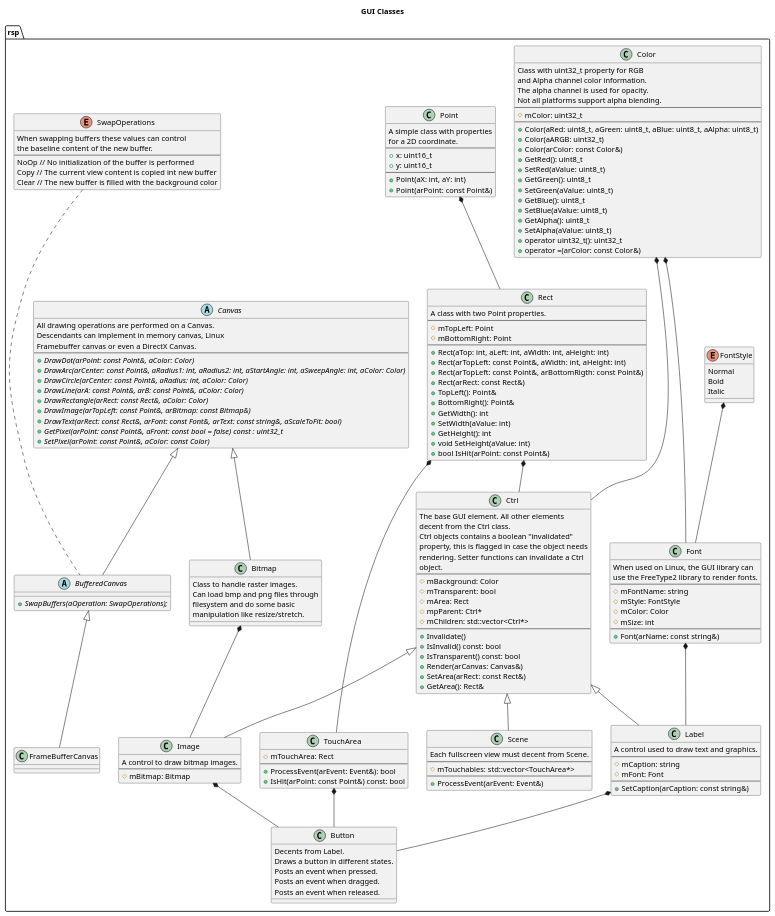
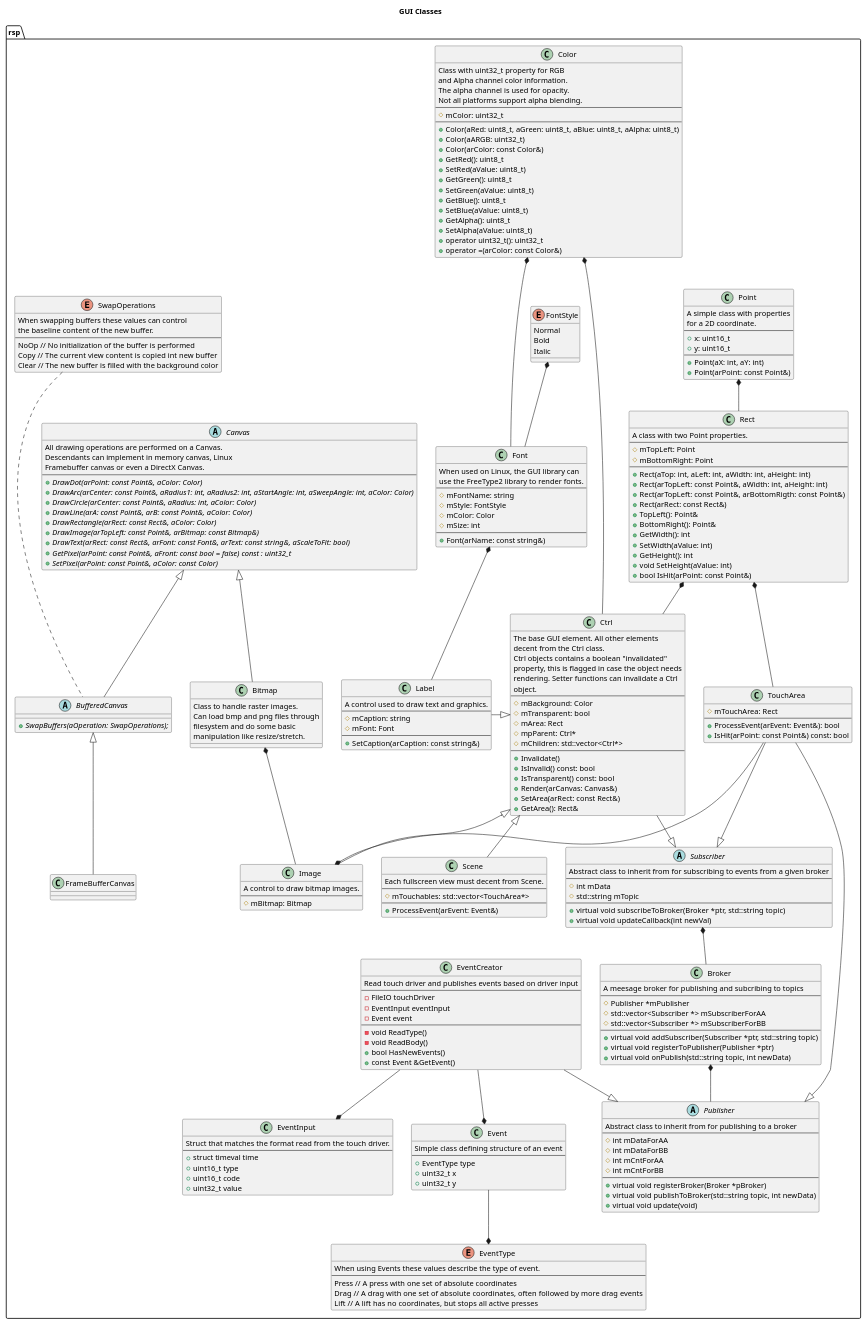
One commit to rsps/rsp-core-library changed the diagram in docs/uml/GUI Classes.puml. Above: the diagram before and after it, drawn with PlantUML.

Commit message:
Thoughts for PubSub pattern in GUI Classes

```diff
--- a/docs/uml/GUI Classes.puml
+++ b/docs/uml/GUI Classes.puml
@@ -6,20 +6,20 @@
 
 class Point {
     A simple class with properties\nfor a 2D coordinate.
---
+    --
     +x: uint16_t
     +y: uint16_t
---
+    --
     +Point(aX: int, aY: int)
     +Point(arPoint: const Point&)
 }
 
 class Rect {
     A class with two Point properties.
---
+    --
     #mTopLeft: Point
     #mBottomRight: Point
---
+    --
     +Rect(aTop: int, aLeft: int, aWidth: int, aHeight: int)
     +Rect(arTopLeft: const Point&, aWidth: int, aHeight: int)
     +Rect(arTopLeft: const Point&, arBottomRigth: const Point&)
@@ -39,9 +39,9 @@
     and Alpha channel color information.
     The alpha channel is used for opacity.
     Not all platforms support alpha blending.
---
+    --
     #mColor: uint32_t
---
+    --
     +Color(aRed: uint8_t, aGreen: uint8_t, aBlue: uint8_t, aAlpha: uint8_t)
     +Color(aARGB: uint32_t)
     +Color(arColor: const Color&)
@@ -66,12 +66,12 @@
 class Font {
     When used on Linux, the GUI library can
     use the FreeType2 library to render fonts.
---
+    --
     #mFontName: string
     #mStyle: FontStyle
     #mColor: Color
     #mSize: int
---
+    --
     +Font(arName: const string&)
 }
 FontStyle *-- Font
@@ -86,9 +86,9 @@
 
 enum SwapOperations
 {
-When swapping buffers these values can control
-the baseline content of the new buffer.
---
+    When swapping buffers these values can control
+    the baseline content of the new buffer.
+    --
     NoOp // No initialization of the buffer is performed
     Copy  // The current view content is copied int new buffer
     Clear // The new buffer is filled with the background color
@@ -98,7 +98,7 @@
     All drawing operations are performed on a Canvas.
     Descendants can implement in memory canvas, Linux
     Framebuffer canvas or even a DirectX Canvas.
---
+    --
     +{abstract}DrawDot(arPoint: const Point&, aColor: Color)
     +{abstract}DrawArc(arCenter: const Point&, aRadius1: int, aRadius2: int, aStartAngle: int, aSweepAngle: int, aColor: Color)
     +{abstract}DrawCircle(arCenter: const Point&, aRadius: int, aColor: Color)
@@ -124,7 +124,7 @@
 
 class TouchArea {
     #mTouchArea: Rect
---
+    --
     +ProcessEvent(arEvent: Event&): bool
     +IsHit(arPoint: const Point&) const: bool
 }
@@ -137,13 +137,13 @@
     property, this is flagged in case the object needs
     rendering. Setter functions can invalidate a Ctrl
     object.
---
+    --
     #mBackground: Color
     #mTransparent: bool
     #mArea: Rect
     #mpParent: Ctrl*
     #mChildren: std::vector<Ctrl*>
---
+    --
     +Invalidate()
     +IsInvalid() const: bool
     +IsTransparent() const: bool
@@ -156,42 +156,43 @@
 
 class Scene {
     Each fullscreen view must decent from Scene.
---
+    --
     #mTouchables: std::vector<TouchArea*>
---
+    --
     +ProcessEvent(arEvent: Event&)
 }
 Ctrl <|-- Scene 
 
 class Image {
     A control to draw bitmap images.
---
+    --
     #mBitmap: Bitmap
 }
 Ctrl <|-- Image
 Bitmap *-- Image
+TouchArea --* Image
 
 class Label {
     A control used to draw text and graphics.
---
+    --
     #mCaption: string
     #mFont: Font
---
+    --
     +SetCaption(arCaption: const string&)
 }
-Ctrl <|-- Label
+Ctrl <|-left- Label
 Font *-- Label
 
-class Button {
-    Decents from Label.
-    Draws a button in different states.
-    Posts an event when pressed.
-    Posts an event when dragged.
-    Posts an event when released.
-}
-Label *-- Button
-TouchArea *-- Button
-Image *-- Button
+'class Button {
+'    Decents from Label.
+'    Draws a button in different states.
+'    Posts an event when pressed.
+'    Posts an event when dragged.
+'    Posts an event when released.
+'}
+'Label *-- Button
+'TouchArea *-- Button
+'Image *-- Button
 
 'class CheckBox {
 '    A control used to draw a checkbox
@@ -201,6 +202,89 @@
 'Button <|-- CheckBox
 'Image <|-- CheckBox
 
+class EventInput {
+    Struct that matches the format read from the touch driver.
+    --
+    +struct timeval time
+    +uint16_t type
+    +uint16_t code
+    +uint32_t value
+}
+
+enum EventType {
+    When using Events these values describe the type of event.
+    --
+    Press // A press with one set of absolute coordinates
+    Drag  // A drag with one set of absolute coordinates, often followed by more drag events
+    Lift  // A lift has no coordinates, but stops all active presses
+}
+
+class Event{
+    Simple class defining structure of an event
+    --
+    +EventType type
+    +uint32_t x
+    +uint32_t y
+}
+
+class EventCreator{
+    Read touch driver and publishes events based on driver input
+    --
+    -FileIO touchDriver
+    -EventInput eventInput
+    -Event event
+    --
+    -void ReadType()
+    -void ReadBody()
+    +bool HasNewEvents()
+    +const Event &GetEvent()
+}
+EventCreator --* Event
+EventCreator --* EventInput
+Event --* EventType
+
+abstract class Publisher {
+    Abstract class to inherit from for publishing to a broker
+    --
+    #int mDataForAA
+    #int mDataForBB
+    #int mCntForAA
+    #int mCntForBB
+    --
+    +virtual void registerBroker(Broker *pBroker)
+    +virtual void publishToBroker(std::string topic, int newData)
+    +virtual void update(void)
+}
+
+abstract class Subscriber {
+    Abstract class to inherit from for subscribing to events from a given broker
+    --
+    #int mData
+    #std::string mTopic
+    --
+    +virtual void subscribeToBroker(Broker *ptr, std::string topic)
+    +virtual void updateCallback(int newVal)
+}
+
+class Broker {
+    A meesage broker for publishing and subcribing to topics
+    --
+    #Publisher *mPublisher
+    #std::vector<Subscriber *> mSubscriberForAA
+    #std::vector<Subscriber *> mSubscriberForBB
+    --
+    +virtual void addSubscriber(Subscriber *ptr, std::string topic)
+    +virtual void registerToPublisher(Publisher *ptr)
+    +virtual void onPublish(std::string topic, int newData)
+}
+Broker -up-* Subscriber
+Publisher -up-* Broker
+TouchArea --|> Subscriber
+TouchArea --|> Publisher
+Ctrl --|> Subscriber
+EventCreator --|> Publisher
+
+
 }
 
 @enduml
```
